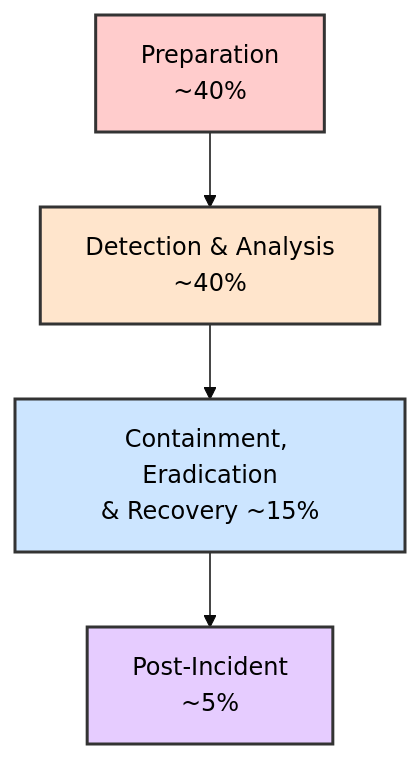
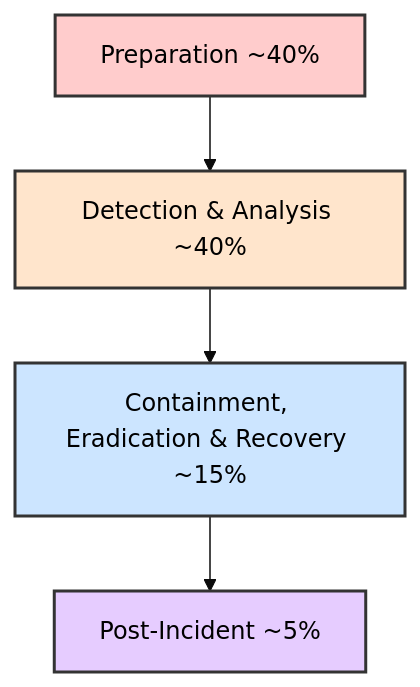
Before and after one commit to manojxshrestha/SOC-Analyst-Cheatsheet: diagram 12 of 29 in 1-Incident-Handling-Process/README.md, drawn with Mermaid (base theme). The commit also changed other lines of this file, not shown here.

````diff
--- a/1-Incident-Handling-Process/README.md
+++ b/1-Incident-Handling-Process/README.md
@@ -457,11 +457,11 @@
 ```mermaid
 graph TD
-    A["Preparation<br/>~40%"] --> B["Detection & Analysis<br/>~40%"]
-    B --> C["Containment, Eradication<br/>& Recovery ~15%"]
-    C --> D["Post-Incident<br/>~5%"]
+    A[Preparation ~40%] --> B[Detection & Analysis ~40%]
+    B --> C[Containment, Eradication & Recovery ~15%]
+    C --> D[Post-Incident ~5%]
     
     style A fill:#ffcccc,stroke:#333,stroke-width:2px,color:#000
     style B fill:#ffe5cc,stroke:#333,stroke-width:2px,color:#000
     style C fill:#cce5ff,stroke:#333,stroke-width:2px,color:#000
     style D fill:#e6ccff,stroke:#333,stroke-width:2px,color:#000
 ```
````
